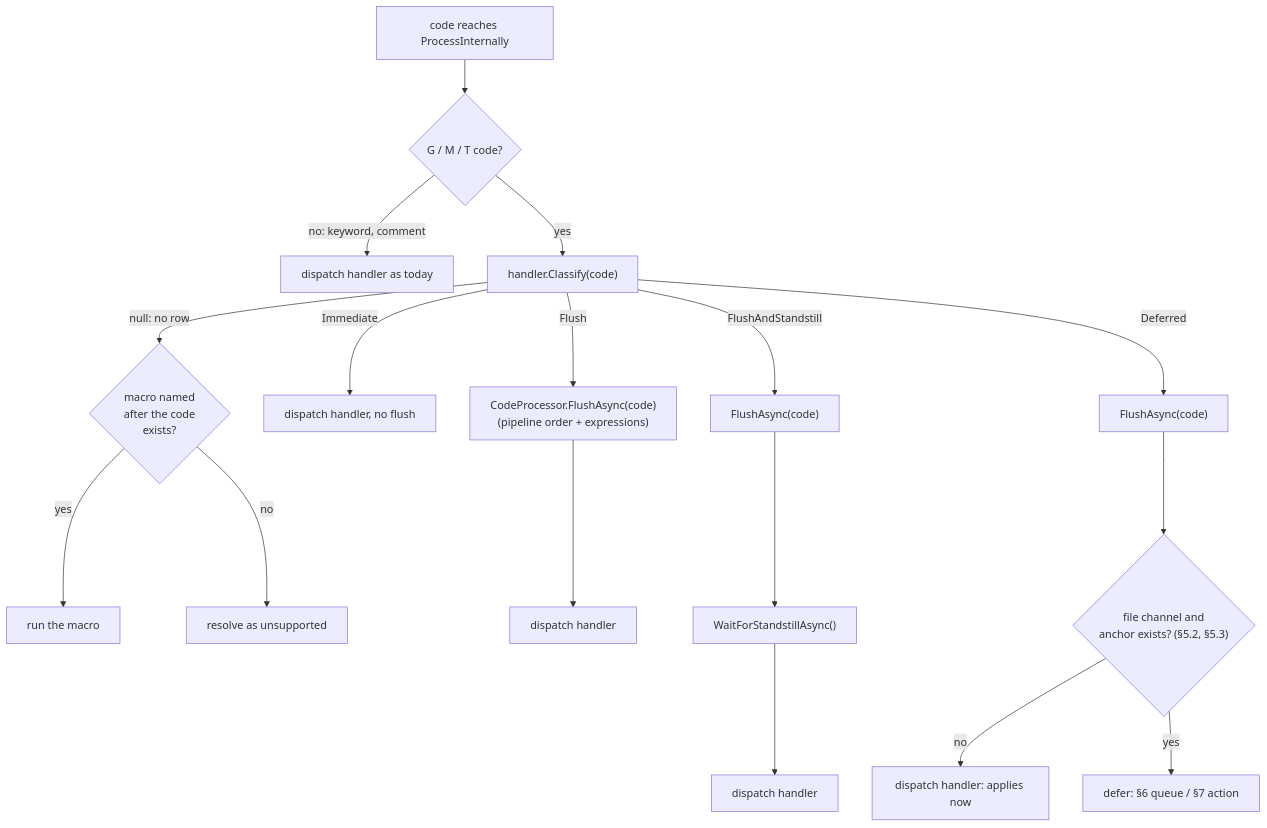
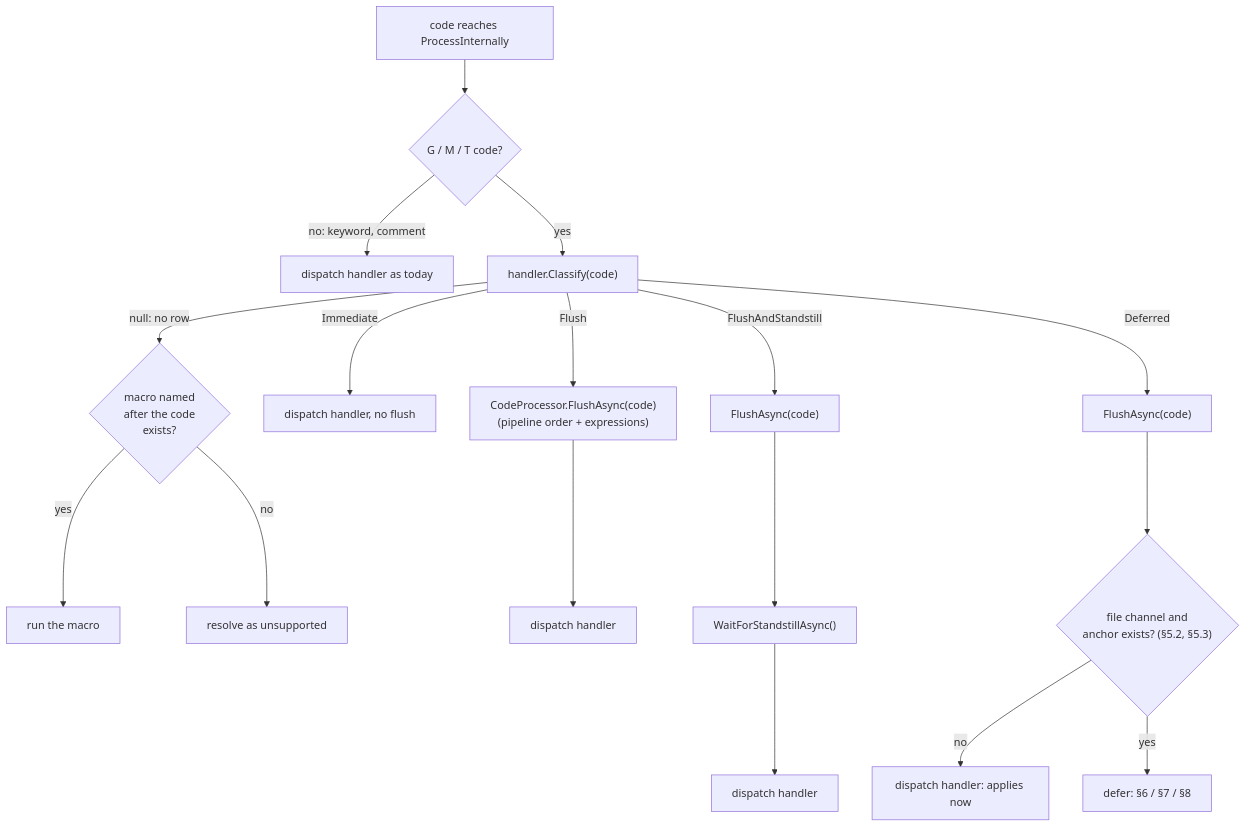
Before and after one commit to Duet3D/DuetSoftwareFramework: the first of 4 diagrams in docs/devel/MOTION_SYNCHRONISED_ACTIONS.md, drawn with Mermaid. The commit also changed other lines of this file and 2 other files, not shown here.

````diff
--- a/docs/devel/MOTION_SYNCHRONISED_ACTIONS.md
+++ b/docs/devel/MOTION_SYNCHRONISED_ACTIONS.md
@@ -269,15 +269,15 @@
 ```mermaid
 flowchart TD
     A[code reaches ProcessInternally] --> B{G / M / T code?}
     B -- no: keyword, comment --> D0[dispatch handler as today]
     B -- yes --> C["handler.Classify(code)"]
     C -- "null: no row" --> M0{"macro named<br/>after the code<br/>exists?"}
     M0 -- yes --> M1[run the macro]
     M0 -- no --> M2["resolve as unsupported"]
     C -- Immediate --> D1[dispatch handler, no flush]
     C -- Flush --> F1["CodeProcessor.FlushAsync(code)<br/>(pipeline order + expressions)"] --> D2[dispatch handler]
     C -- FlushAndStandstill --> F2["FlushAsync(code)"] --> W["WaitForStandstillAsync()"] --> D3[dispatch handler]
     C -- Deferred --> F3["FlushAsync(code)"] --> G{"file channel and<br/>anchor exists? (§5.2, §5.3)"}
     G -- no --> D4[dispatch handler: applies now]
-    G -- yes --> H["defer: §6 queue / §7 action"]
+    G -- yes --> H["defer: §6 / §7 / §8"]
 ```
````
